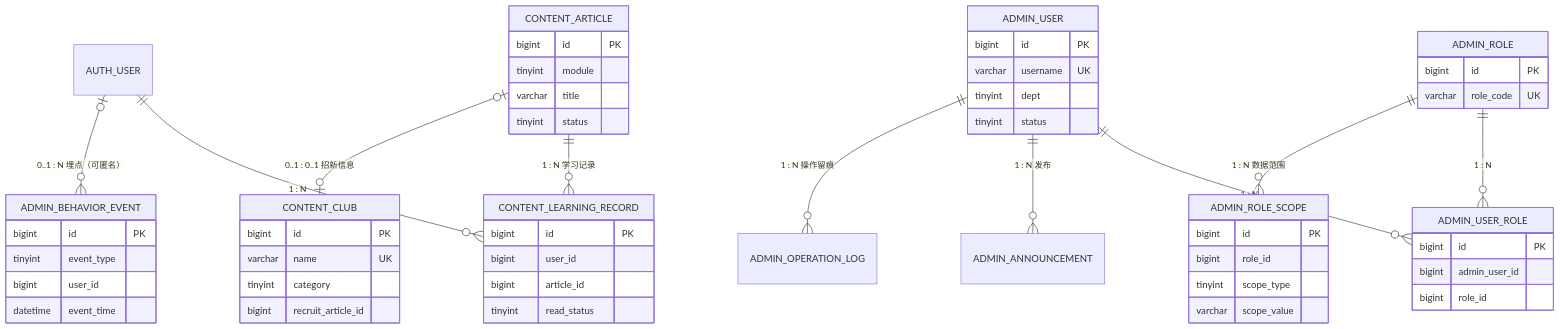
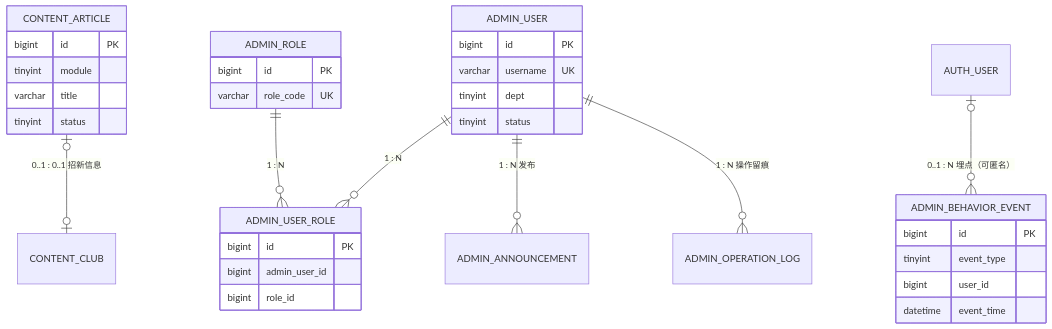
Before and after one commit to zjy2968466837/se-yingxin-digital-human: the fifth of 5 diagrams in docs/数据建模.md, drawn with Mermaid. The commit also changed other lines of this file and 12 other files, not shown here.

````diff
--- a/docs/数据建模.md
+++ b/docs/数据建模.md
@@ -826,58 +704,37 @@
 ```mermaid
 erDiagram
-    CONTENT_ARTICLE ||--o{ CONTENT_LEARNING_RECORD : "1 : N 学习记录"
-    AUTH_USER ||--o{ CONTENT_LEARNING_RECORD : "1 : N"
     CONTENT_ARTICLE |o--o| CONTENT_CLUB : "0..1 : 0..1 招新信息"
     ADMIN_USER ||--o{ ADMIN_USER_ROLE : "1 : N"
     ADMIN_ROLE ||--o{ ADMIN_USER_ROLE : "1 : N"
-    ADMIN_ROLE ||--o{ ADMIN_ROLE_SCOPE : "1 : N 数据范围"
     ADMIN_USER ||--o{ ADMIN_ANNOUNCEMENT : "1 : N 发布"
     ADMIN_USER ||--o{ ADMIN_OPERATION_LOG : "1 : N 操作留痕"
     AUTH_USER |o--o{ ADMIN_BEHAVIOR_EVENT : "0..1 : N 埋点（可匿名）"
 
     CONTENT_ARTICLE {
         bigint id PK
         tinyint module
         varchar title
         tinyint status
-    }
-    CONTENT_CLUB {
-        bigint id PK
-        varchar name UK
-        tinyint category
-        bigint recruit_article_id
-    }
-    CONTENT_LEARNING_RECORD {
-        bigint id PK
-        bigint user_id
-        bigint article_id
-        tinyint read_status
     }
     ADMIN_USER {
         bigint id PK
         varchar username UK
         tinyint dept
         tinyint status
     }
     ADMIN_ROLE {
         bigint id PK
         varchar role_code UK
     }
     ADMIN_USER_ROLE {
         bigint id PK
         bigint admin_user_id
         bigint role_id
     }
-    ADMIN_ROLE_SCOPE {
-        bigint id PK
-        bigint role_id
-        tinyint scope_type
-        varchar scope_value
-    }
     ADMIN_BEHAVIOR_EVENT {
         bigint id PK
         tinyint event_type
         bigint user_id
         datetime event_time
     }
 ```
````
